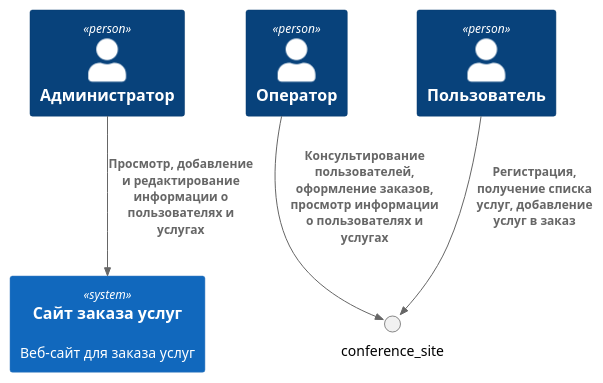
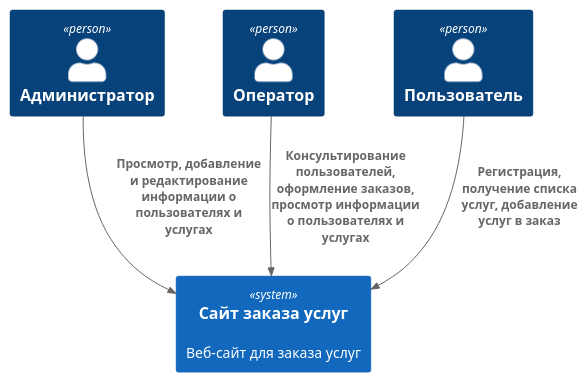
Before and after one commit to KsuPav/SoftwareArchitecture: the diagram in hl_mai_lab_00/context.md, drawn with PlantUML.

````diff
--- a/hl_mai_lab_00/context.md
+++ b/hl_mai_lab_00/context.md
@@ -4,20 +4,20 @@
 ```plantuml
 @startuml
 !include https://raw.githubusercontent.com/plantuml-stdlib/C4-PlantUML/master/C4_Container.puml
 
 Person(admin, "Администратор")
 Person(operator, "Оператор")
 Person(user, "Пользователь")
 
 System(service_order, "Сайт заказа услуг", "Веб-сайт для заказа услуг")
 
 
 
 Rel(admin, service_order, "Просмотр, добавление и редактирование информации о пользователях и услугах")
-Rel(operator, conference_site, "Консультирование пользователей, оформление заказов, просмотр информации о пользователях и услугах")
-Rel(user, conference_site, "Регистрация, получение списка услуг, добавление услуг в заказ")
+Rel(operator, service_order, "Консультирование пользователей, оформление заказов, просмотр информации о пользователях и услугах")
+Rel(user, service_order, "Регистрация, получение списка услуг, добавление услуг в заказ")
 
 
 
 @enduml
 ```
````
